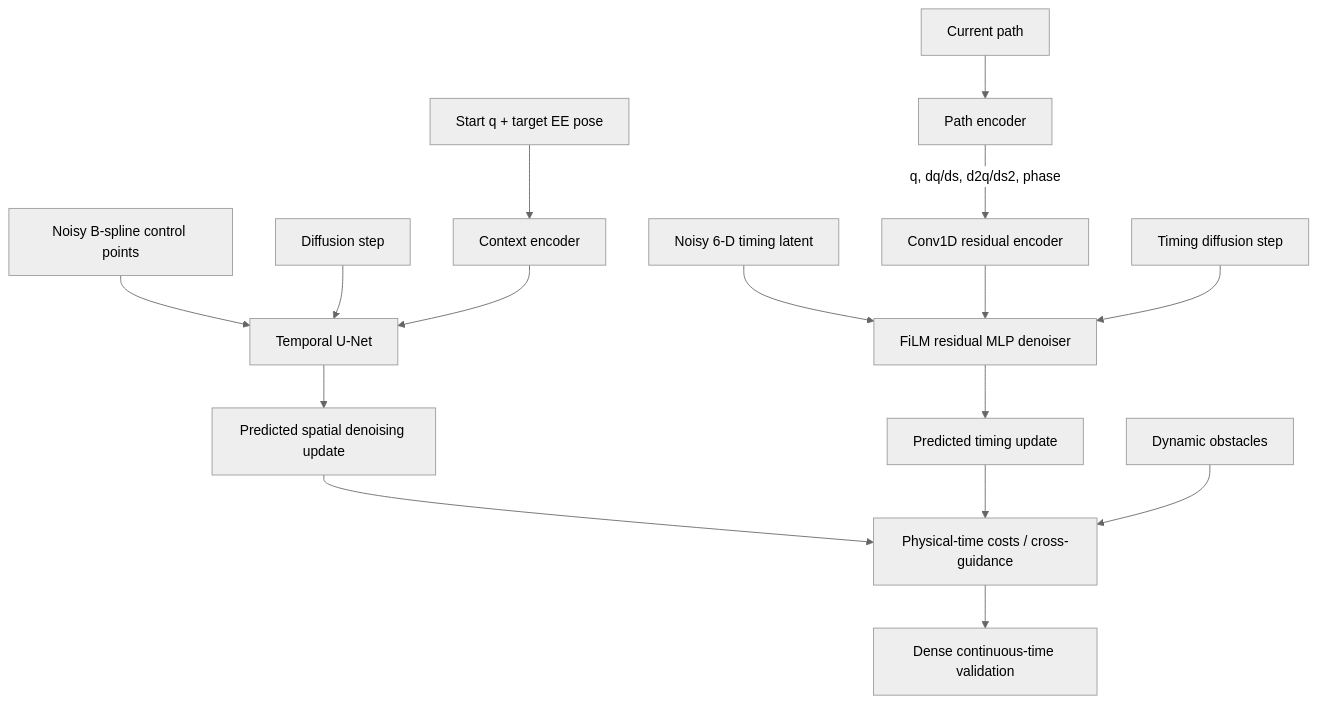
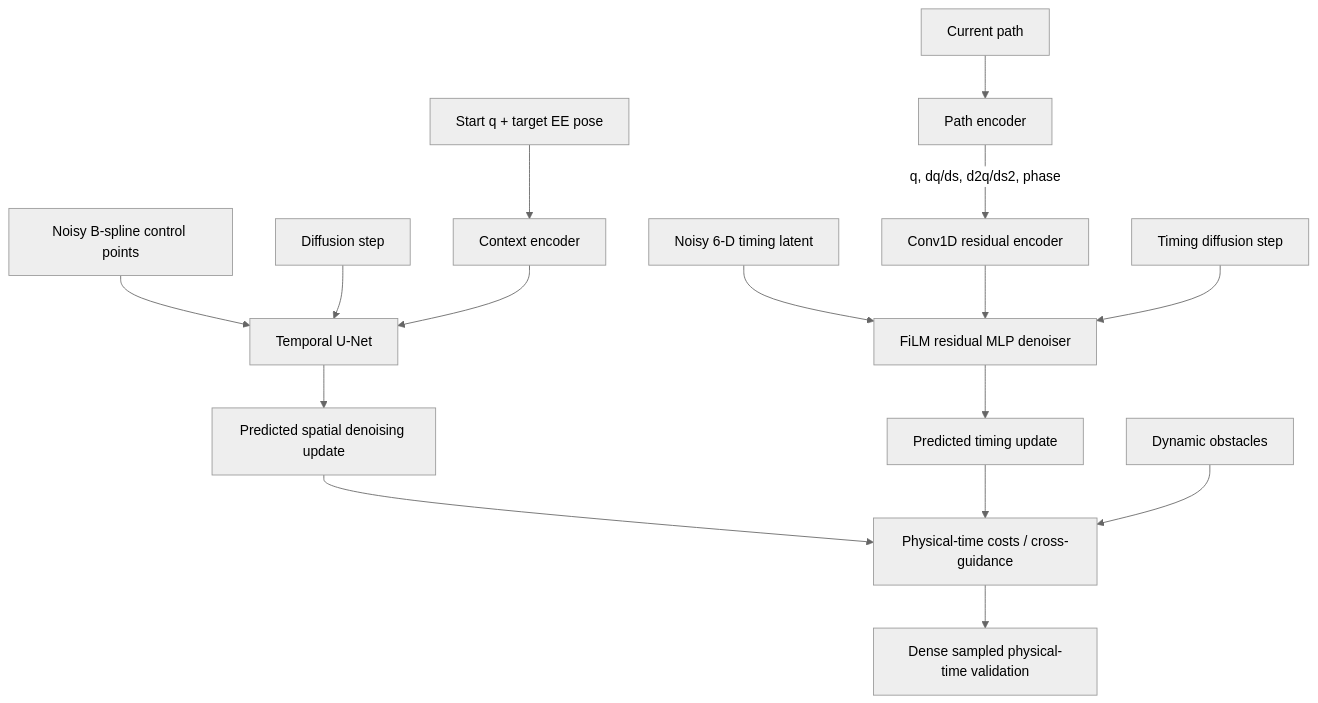
One commit to 283042246q/mpd changed the second of 7 diagrams in docs/PROJECT_FORMAL_PRESENTATION_DRAFT.md. Above: the diagram before and after it, drawn with Mermaid (neutral theme). The commit also changed other lines of this file and 9 other files, not shown here.

````diff
--- a/docs/PROJECT_FORMAL_PRESENTATION_DRAFT.md
+++ b/docs/PROJECT_FORMAL_PRESENTATION_DRAFT.md
@@ -277,20 +309,20 @@
 ```mermaid
 flowchart TB
     C[Start q + target EE pose] --> CE[Context encoder]
     PN[Noisy B-spline control points] --> U[Temporal U-Net]
     TS[Diffusion step] --> U
     CE --> U
     U --> PP[Predicted spatial denoising update]
 
     P[Current path] --> PE[Path encoder]
     PE -->|q, dq/ds, d2q/ds2, phase| R[Conv1D residual encoder]
     ZN[Noisy 6-D timing latent] --> TD[FiLM residual MLP denoiser]
     R --> TD
     TTS[Timing diffusion step] --> TD
     TD --> ZP[Predicted timing update]
 
     PP --> ST[Physical-time costs / cross-guidance]
     ZP --> ST
     W[Dynamic obstacles] --> ST
-    ST --> V[Dense continuous-time validation]
+    ST --> V[Dense sampled physical-time validation]
 ```
````
